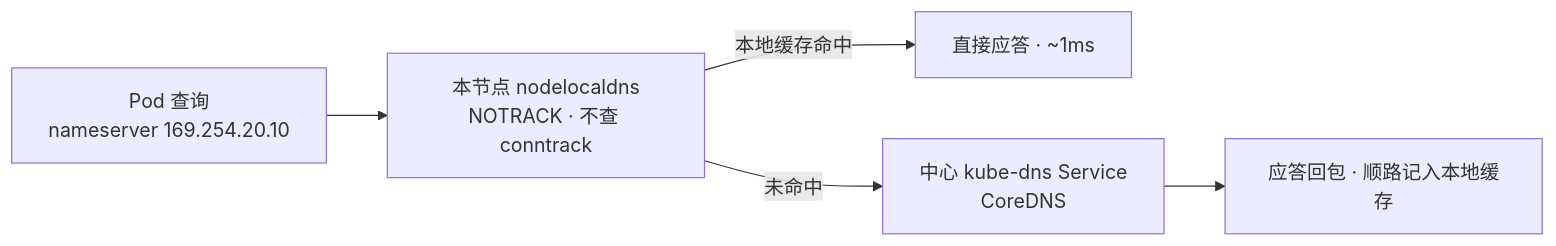
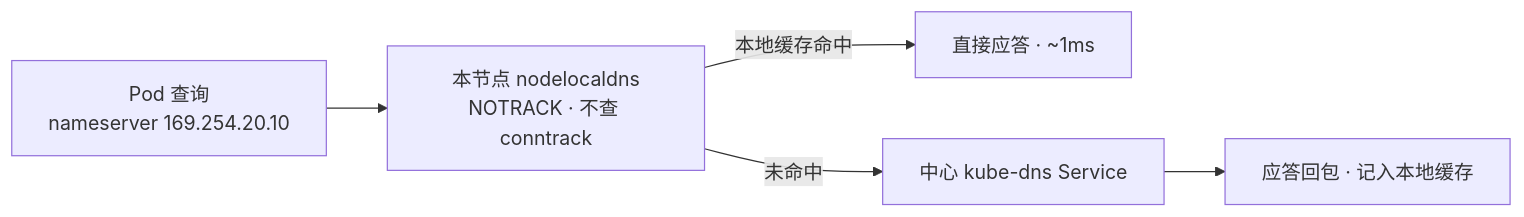
Before and after one commit to ml-cuizijun/LearnToLilith: the fourth of 5 diagrams in 03-Kubernetes/09-CoreDNS/知识点.md, drawn with Mermaid. The commit also changed other lines of this file and 178 other files, not shown here.

````diff
--- a/03-Kubernetes/09-CoreDNS/知识点.md
+++ b/03-Kubernetes/09-CoreDNS/知识点.md
@@ -347,7 +332,7 @@
 ```mermaid
 flowchart LR
     P["Pod 查询<br/>nameserver 169.254.20.10"] --> N["本节点 nodelocaldns<br/>NOTRACK · 不查 conntrack"]
     N -->|本地缓存命中| OK["直接应答 · ~1ms"]
-    N -->|未命中| C["中心 kube-dns Service<br/>CoreDNS"]
-    C --> OK2["应答回包 · 顺路记入本地缓存"]
+    N -->|未命中| C["中心 kube-dns Service"]
+    C --> OK2["应答回包 · 记入本地缓存"]
 ```
````
